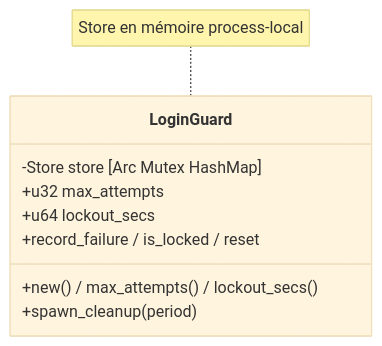
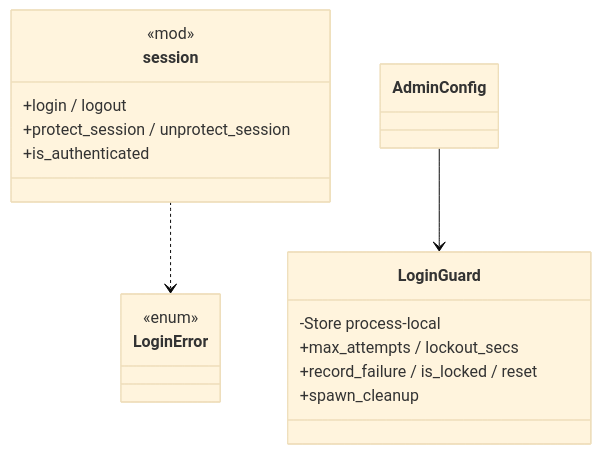
One commit to seb-alliot/runique changed the fourth of 6 diagrams in diagramme/uml/auth/authentification.md. Above: the diagram before and after it, drawn with Mermaid (base theme). The commit also changed other lines of this file and 36 other files, not shown here.

````diff
--- a/diagramme/uml/auth/authentification.md
+++ b/diagramme/uml/auth/authentification.md
@@ -35,12 +111,20 @@
 ```mermaid
 classDiagram
+    class session {
+        <<mod>>
+        +login / logout
+        +protect_session / unprotect_session
+        +is_authenticated
+    }
     class LoginGuard {
-        -Store store [Arc Mutex HashMap]
-        +u32 max_attempts
-        +u64 lockout_secs
-        +new() / max_attempts() / lockout_secs()
-        +spawn_cleanup(period)
+        -Store process-local
+        +max_attempts / lockout_secs
         +record_failure / is_locked / reset
+        +spawn_cleanup
     }
-    note for LoginGuard "Store en mémoire process-local"
+    class LoginError {
+        <<enum>>
+    }
+    session ..> LoginError
+    AdminConfig --> LoginGuard
 ```
````
